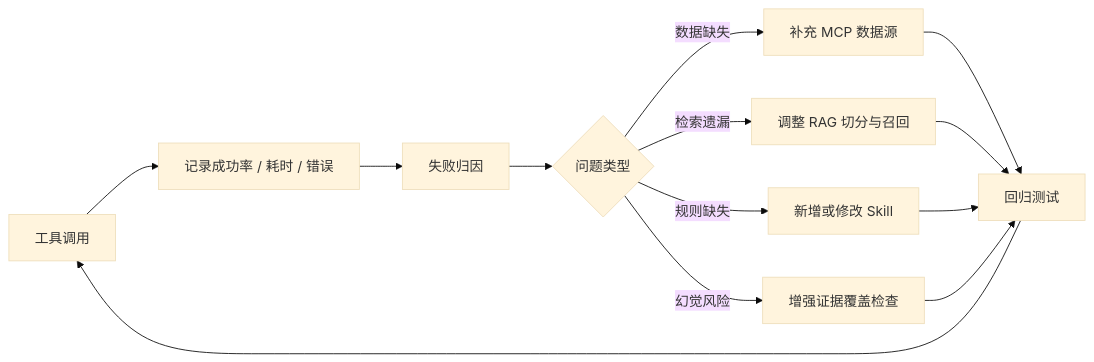
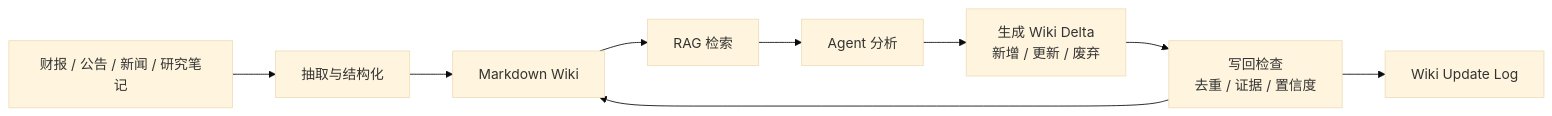
One commit to ljt-sss/A_stock_analysis_agent changed the sixth of 9 diagrams in README.md. Above: the diagram before and after it, drawn with Mermaid (base theme). The commit also changed other lines of this file and 47 other files, not shown here.

````diff
--- a/README.md
+++ b/README.md
@@ -263,15 +213,11 @@
 ```mermaid
 flowchart LR
-    A["工具调用"] --> B["记录成功率 / 耗时 / 错误"]
-    B --> C["失败归因"]
-    C --> D{"问题类型"}
-    D -->|数据缺失| E["补充 MCP 数据源"]
-    D -->|检索遗漏| F["调整 RAG 切分与召回"]
-    D -->|规则缺失| G["新增或修改 Skill"]
-    D -->|幻觉风险| H["增强证据覆盖检查"]
-    E --> I["回归测试"]
-    F --> I
-    G --> I
-    H --> I
-    I --> A
+    Source["财报 / 公告 / 新闻 / 研究笔记"] --> Extract["抽取与结构化"]
+    Extract --> Wiki["Markdown Wiki"]
+    Wiki --> Retrieve["RAG 检索"]
+    Retrieve --> Agent["Agent 分析"]
+    Agent --> Delta["生成 Wiki Delta<br/>新增 / 更新 / 废弃"]
+    Delta --> Check["写回检查<br/>去重 / 证据 / 置信度"]
+    Check --> Wiki
+    Check --> Log["Wiki Update Log"]
 ```
````
